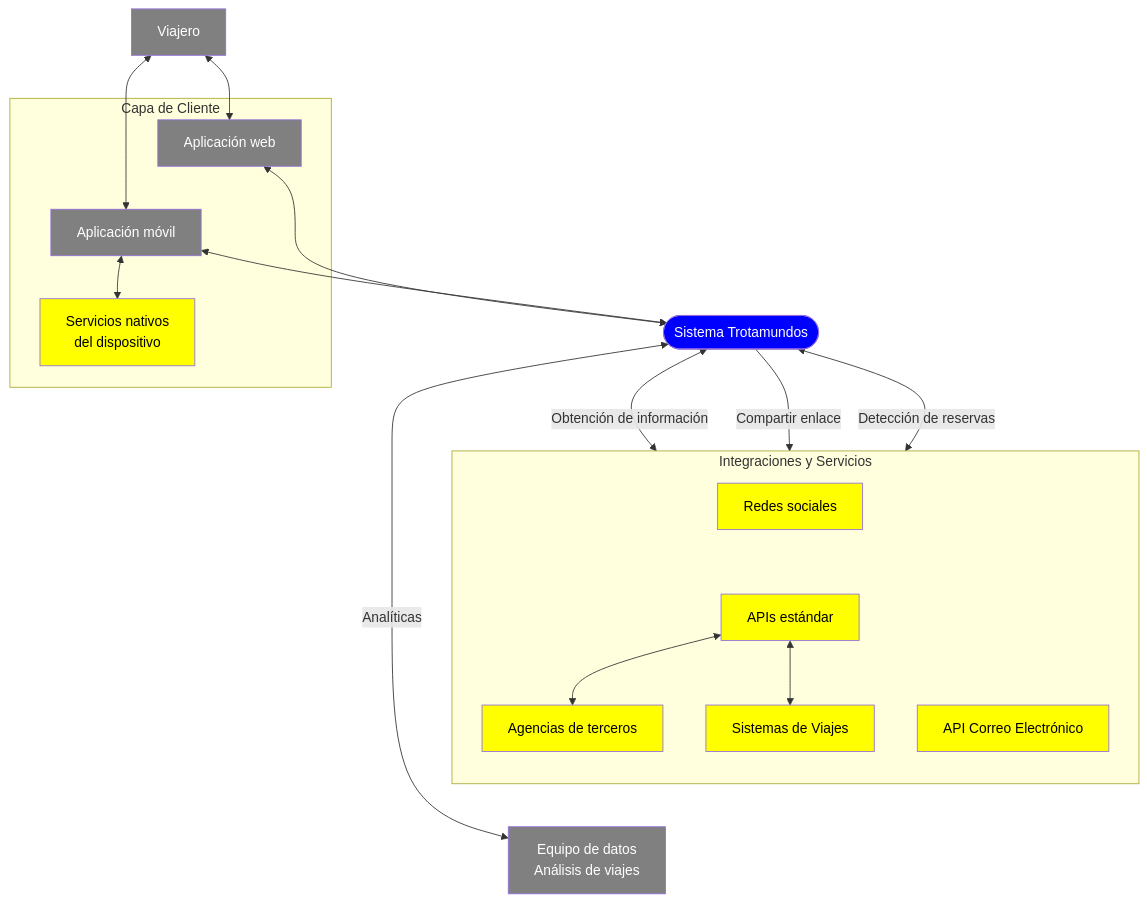
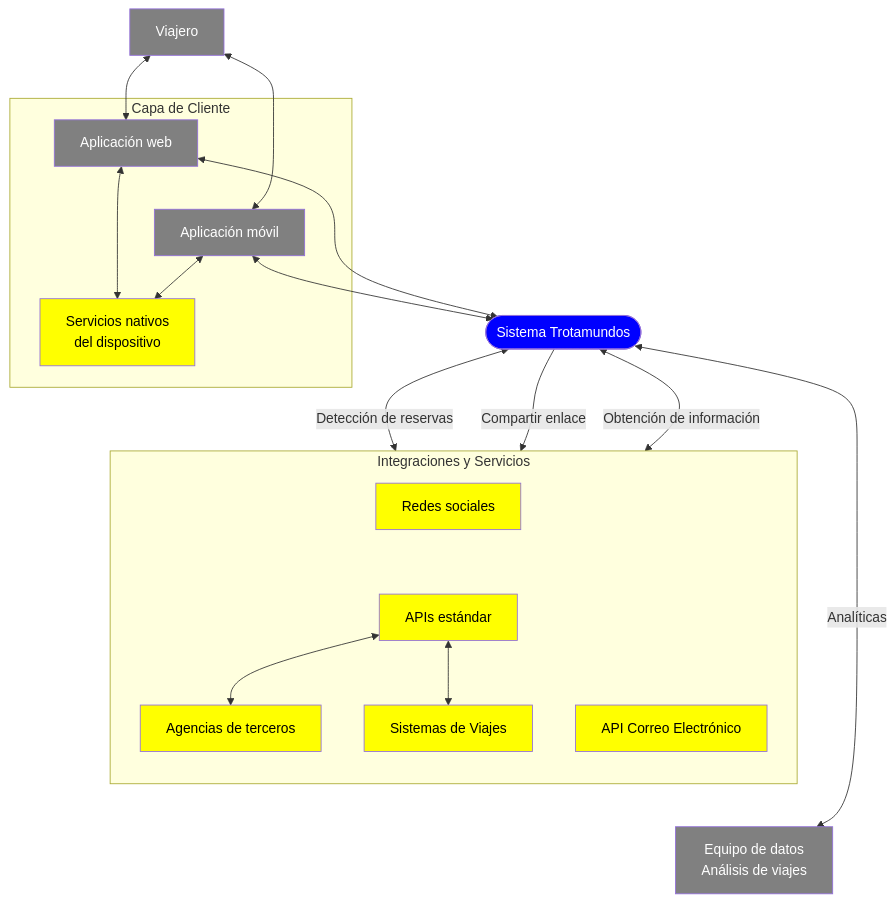
Before and after one commit to RubeKN/trotamundos: the diagram in docs/01-drivers/contexto.md, drawn with Mermaid.

Commit message:
Refactor diagrama contexto.md

````diff
--- a/docs/01-drivers/contexto.md
+++ b/docs/01-drivers/contexto.md
@@ -3,49 +3,50 @@
 ```mermaid
 flowchart TB
     Viajero["Viajero"]
 
     subgraph Clientes ["Capa de Cliente"]
         Web["Aplicación web"]
         App["Aplicación móvil"]
         ServiciosNativos["Servicios nativos<br/>del dispositivo"]
     end
 
     Datos["Equipo de datos<br/>Análisis de viajes"]
     Sistema(["Sistema Trotamundos"])
 
 
     subgraph Integraciones ["Integraciones y Servicios"]
         direction TB
         APIs["APIs estándar"]
         Agencias["Agencias de terceros"]
         SistemasDeViajes["Sistemas de Viajes"]
         Correo["API Correo Electrónico"]
         Redes["Redes sociales"]
     end
 
     Viajero <--> Web
     Viajero <--> App
     App <--> ServiciosNativos
+    Web <--> ServiciosNativos
 
     Web <--> Sistema
     App <--> Sistema
 
     Sistema <--> |"Obtención de información"| APIs
     APIs <--> Agencias
     APIs <--> SistemasDeViajes
 
     Sistema --> |"Compartir enlace"| Redes
     Sistema <--> |"Detección de reservas"| Correo
     Sistema <--> |"Analíticas"| Datos
 
     Web ~~~ App
     App ~~~ ServiciosNativos
     Redes ~~~ APIs ~~~ Correo ~~~ Datos
 
     classDef core fill:#0000ff,color:#ffffff
     classDef actor fill:#808080,color:#ffffff
     classDef external fill:#ffff00,color:#000000
     class Sistema core
     class Viajero,Web,App,Datos actor
     class Agencias,SistemasDeViajes,APIs,Correo,Redes,ServiciosNativos external
 ```
````
